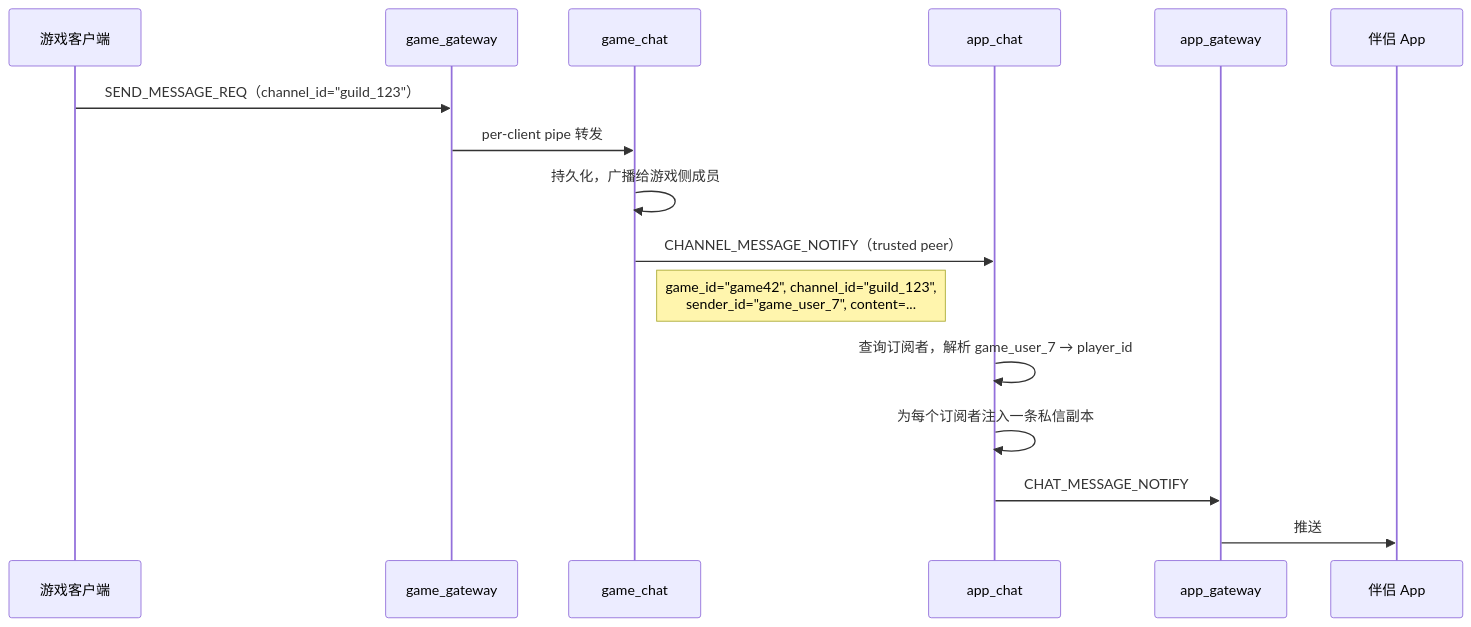
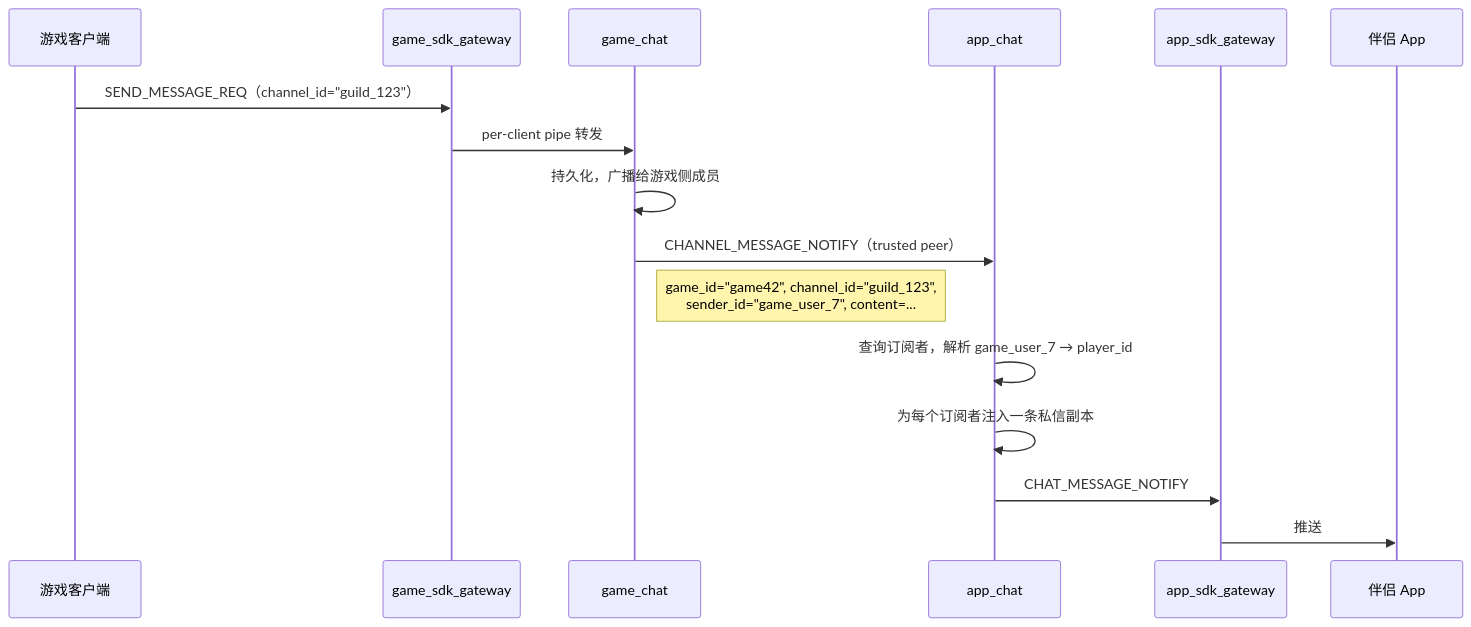
The third of 5 diagrams in docs/architecture.md (cuihairu/chirp), drawn with Mermaid before and after one commit. The commit also changed other lines of this file and 3 other files, not shown here.

````diff
--- a/docs/architecture.md
+++ b/docs/architecture.md
@@ -157,19 +157,19 @@
 ```mermaid
 sequenceDiagram
     participant C as 游戏客户端
-    participant G as game_gateway
+    participant G as game_sdk_gateway
     participant GC as game_chat
     participant AC as app_chat
-    participant AG as app_gateway
+    participant AG as app_sdk_gateway
     participant A as 伴侣 App
 
     C->>G: SEND_MESSAGE_REQ（channel_id="guild_123"）
     G->>GC: per-client pipe 转发
     GC->>GC: 持久化，广播给游戏侧成员
     GC->>AC: CHANNEL_MESSAGE_NOTIFY（trusted peer）
     Note right of GC: game_id="game42", channel_id="guild_123",<br/>sender_id="game_user_7", content=...
     AC->>AC: 查询订阅者，解析 game_user_7 → player_id
     AC->>AC: 为每个订阅者注入一条私信副本
     AC->>AG: CHAT_MESSAGE_NOTIFY
     AG->>A: 推送
 ```
````
